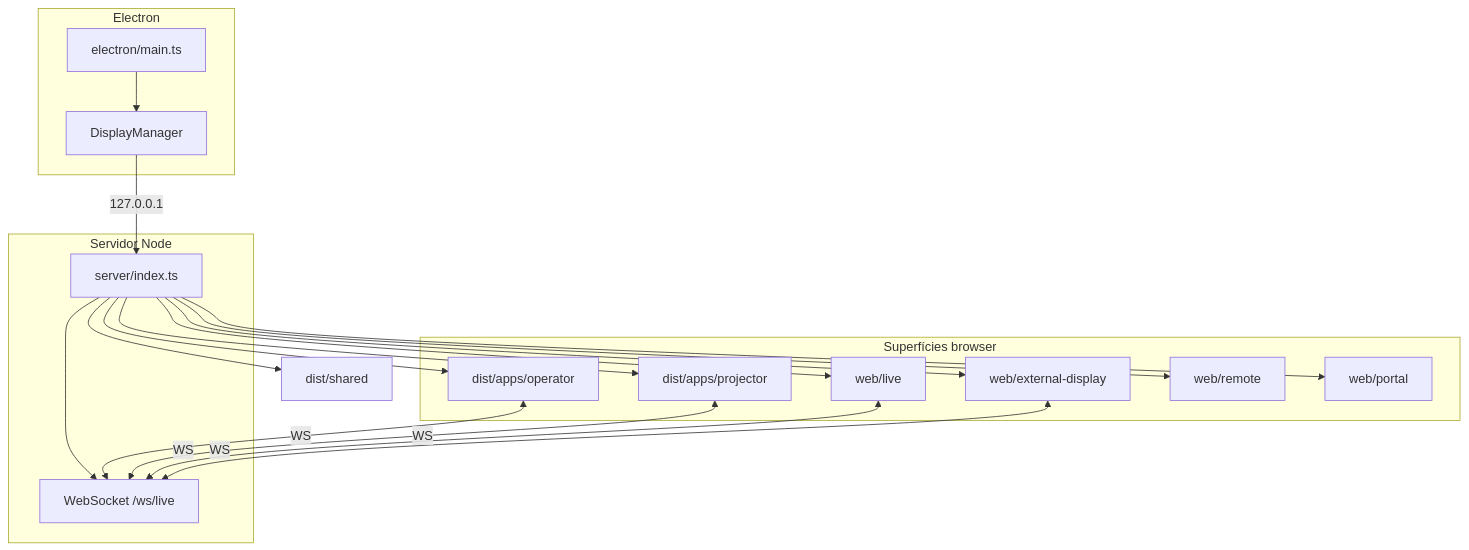
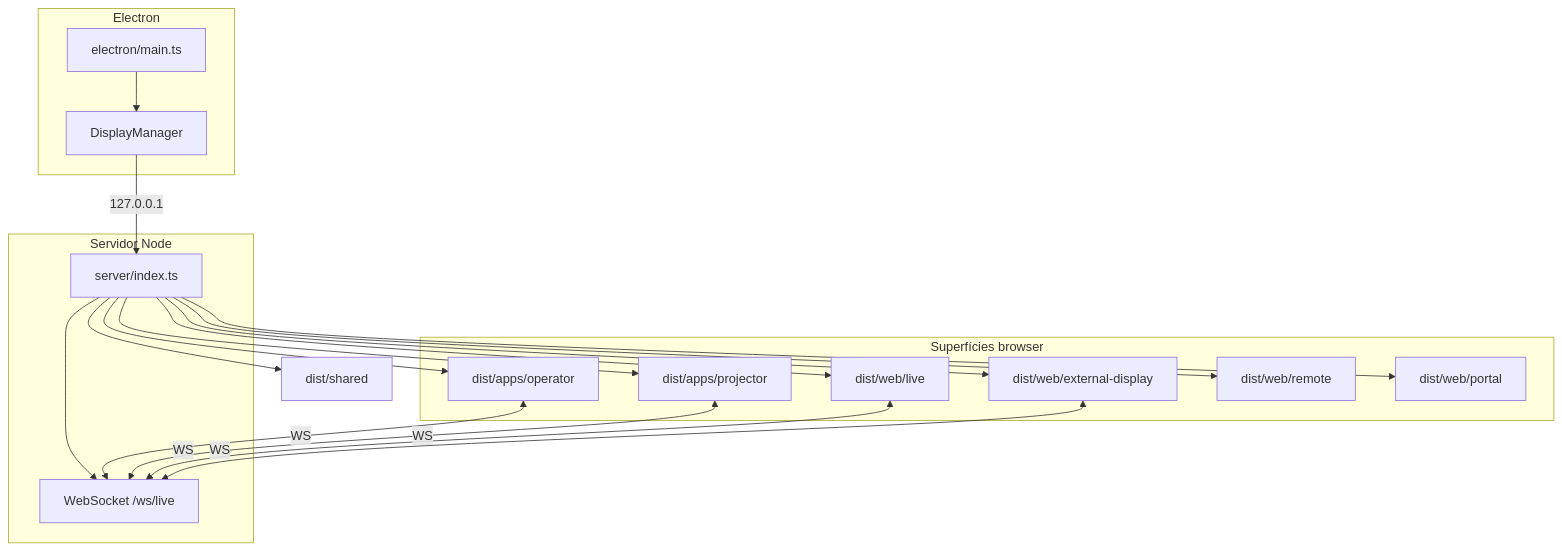
The diagram in docs/ARCHITECTURE.md (cadimos/livepraise), drawn with Mermaid before and after one commit. The commit also changed other lines of this file and 5 other files, not shown here.

````diff
--- a/docs/ARCHITECTURE.md
+++ b/docs/ARCHITECTURE.md
@@ -7,37 +7,37 @@
 ```mermaid
 flowchart TB
   subgraph electron [Electron]
     Main[electron/main.ts]
     DM[DisplayManager]
     Main --> DM
   end
 
   subgraph server [Servidor Node]
     Express[server/index.ts]
     WS[WebSocket /ws/live]
     Express --> WS
   end
 
   subgraph surfaces [Superfícies browser]
     Op[dist/apps/operator]
     Proj[dist/apps/projector]
-    WebLive[web/live]
-    WebExt[web/external-display]
-    Remote[web/remote]
-    Portal[web/portal]
+    WebLive[dist/web/live]
+    WebExt[dist/web/external-display]
+    Remote[dist/web/remote]
+    Portal[dist/web/portal]
   end
 
   DM -->|127.0.0.1| Express
   Express --> Op
   Express --> Proj
   Express --> WebLive
   Express --> WebExt
   Express --> Remote
   Express --> Portal
   Express --> Shared[dist/shared]
 
   Op <-->|WS| WS
   Proj <-->|WS| WS
   WebLive <-->|WS| WS
   WebExt <-->|WS| WS
 ```
````
